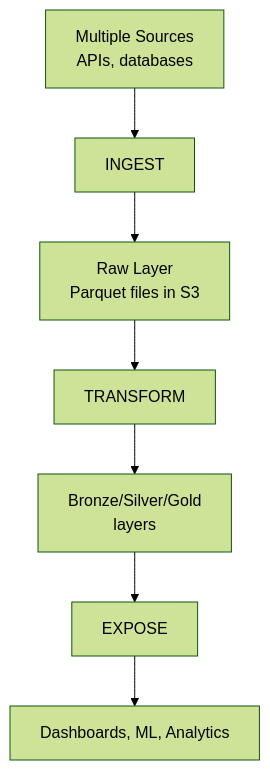
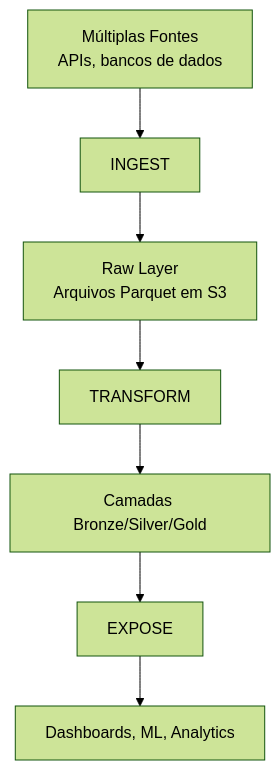
One commit to Quantilica/docs changed the fourth of 4 diagrams in docs/concepts/pipelines.md. Above: the diagram before and after it, drawn with Mermaid (forest theme). The commit also changed other lines of this file and 31 other files, not shown here.

````diff
--- a/docs/concepts/pipelines.md
+++ b/docs/concepts/pipelines.md
@@ -149,9 +149,9 @@
 ```mermaid
 graph TD
-    A["Multiple Sources<br/>APIs, databases"] --> B["INGEST"]
-    B --> C["Raw Layer<br/>Parquet files in S3"]
+    A["Múltiplas Fontes<br/>APIs, bancos de dados"] --> B["INGEST"]
+    B --> C["Raw Layer<br/>Arquivos Parquet em S3"]
     C --> D["TRANSFORM"]
-    D --> E["Bronze/Silver/Gold<br/>layers"]
+    D --> E["Camadas Bronze/Silver/Gold"]
     E --> F["EXPOSE"]
     F --> G["Dashboards, ML, Analytics"]
 ```
````
